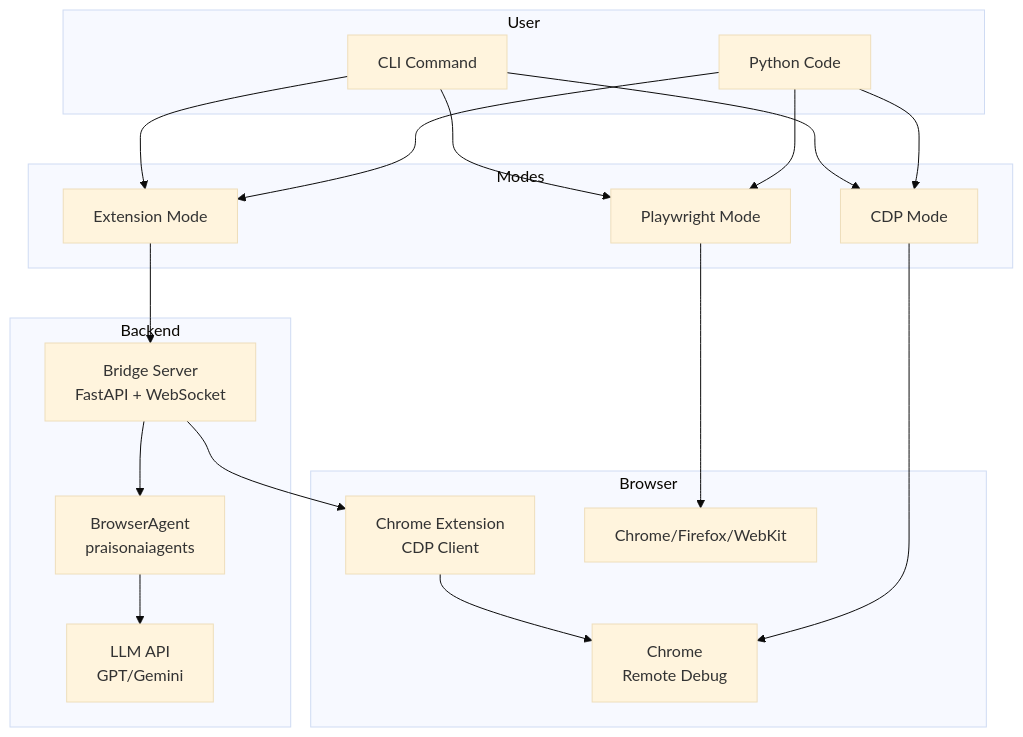
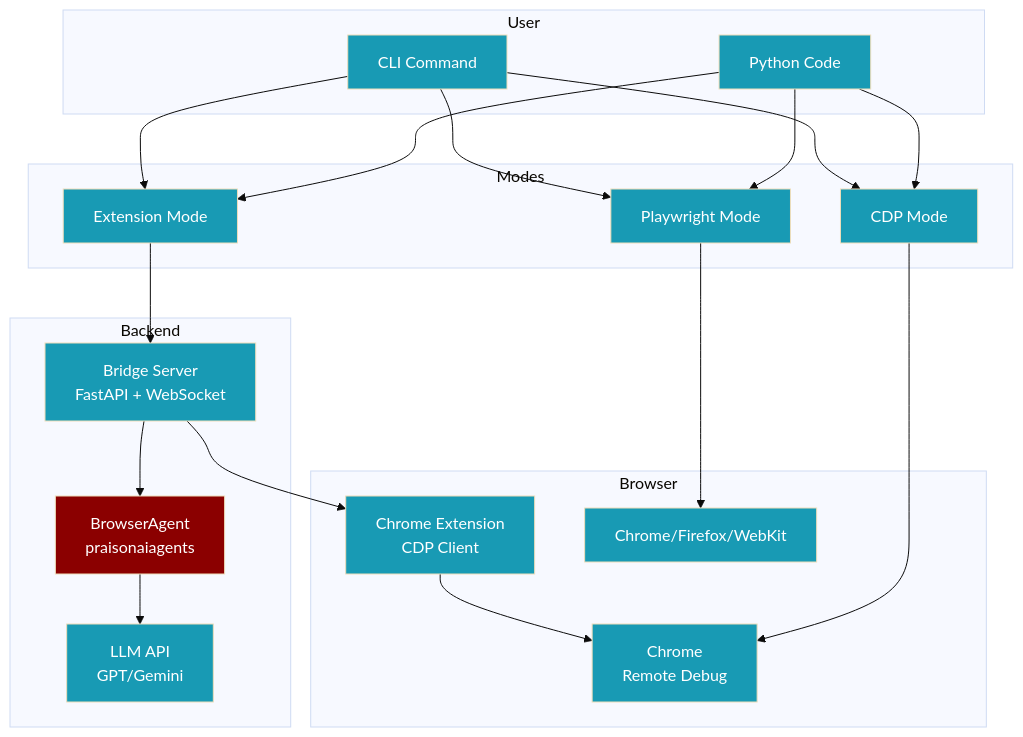
One commit to MervinPraison/PraisonAIDocs changed the first of 6 diagrams in docs/features/browser-agent-deep-dive.mdx. Above: the diagram before and after it, drawn with Mermaid (base theme). The commit also changed 24 other files, not shown here.

````diff
--- a/docs/features/browser-agent-deep-dive.mdx
+++ b/docs/features/browser-agent-deep-dive.mdx
@@ -41,34 +41,40 @@
 ```mermaid
 graph TB
     subgraph User
         CLI[CLI Command]
         Python[Python Code]
     end
     
     subgraph Modes
         EXT[Extension Mode]
         CDP[CDP Mode]
         PW[Playwright Mode]
     end
     
     subgraph Backend
         Server[Bridge Server<br/>FastAPI + WebSocket]
         Agent[BrowserAgent<br/>praisonaiagents]
         LLM[LLM API<br/>GPT/Gemini]
     end
     
     subgraph Browser
         Extension[Chrome Extension<br/>CDP Client]
         Chrome[Chrome<br/>Remote Debug]
         Browsers[Chrome/Firefox/WebKit]
     end
     
     CLI --> EXT & CDP & PW
     Python --> EXT & CDP & PW
     
     EXT --> Server --> Agent --> LLM
     Server --> Extension --> Chrome
     
     CDP --> Chrome
     PW --> Browsers
+    
+    classDef agent fill:#8B0000,color:#fff
+    classDef tool fill:#189AB4,color:#fff
+    
+    class Agent agent
+    class CLI,Python,EXT,CDP,PW,Server,LLM,Extension,Chrome,Browsers tool
 ```
````
